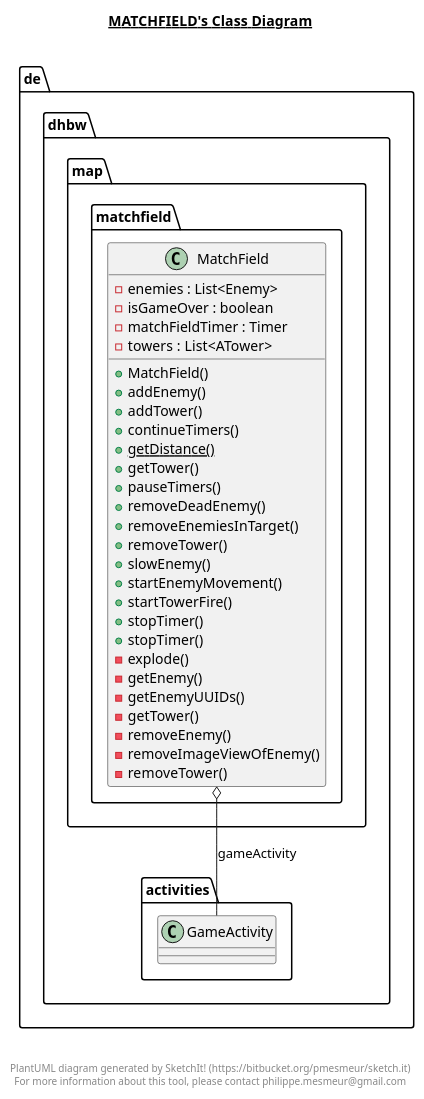
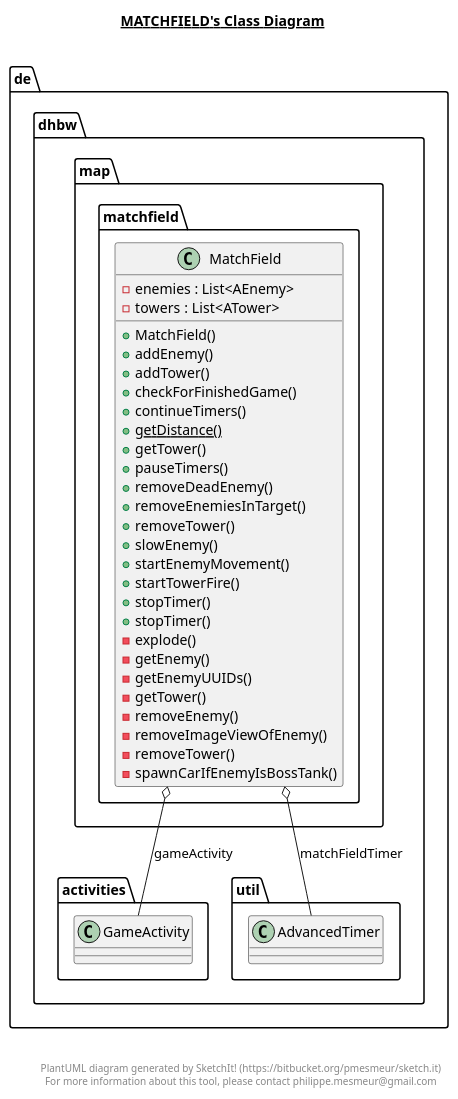
The diagram in app/src/main/java/de/dhbw/map/matchfield/matchfield.plantuml (niwa99/Tower-Defense), drawn with PlantUML before and after one commit. The commit also changed 12 other files, not shown here.

Commit message:
Update Class Diagram

```diff
--- a/app/src/main/java/de/dhbw/map/matchfield/matchfield.plantuml
+++ b/app/src/main/java/de/dhbw/map/matchfield/matchfield.plantuml
@@ -1,49 +1,50 @@
 @startuml
 
 title __MATCHFIELD's Class Diagram__\n
 
   namespace de.dhbw {
     namespace map.matchfield {
       class de.dhbw.map.matchfield.MatchField {
-          - enemies : List<Enemy>
-          - isGameOver : boolean
-          - matchFieldTimer : Timer
+          - enemies : List<AEnemy>
           - towers : List<ATower>
           + MatchField()
           + addEnemy()
           + addTower()
+          + checkForFinishedGame()
           + continueTimers()
           {static} + getDistance()
           + getTower()
           + pauseTimers()
           + removeDeadEnemy()
           + removeEnemiesInTarget()
           + removeTower()
           + slowEnemy()
           + startEnemyMovement()
           + startTowerFire()
           + stopTimer()
           + stopTimer()
           - explode()
           - getEnemy()
           - getEnemyUUIDs()
           - getTower()
           - removeEnemy()
           - removeImageViewOfEnemy()
           - removeTower()
+          - spawnCarIfEnemyIsBossTank()
       }
     }
   }
   
 
   de.dhbw.map.matchfield.MatchField o-- de.dhbw.activities.GameActivity : gameActivity
+  de.dhbw.map.matchfield.MatchField o-- de.dhbw.util.AdvancedTimer : matchFieldTimer
 
 
 right footer
 
 
 PlantUML diagram generated by SketchIt! (https://bitbucket.org/pmesmeur/sketch.it)
 For more information about this tool, please contact philippe.mesmeur@gmail.com
 endfooter
 
 @enduml
```
